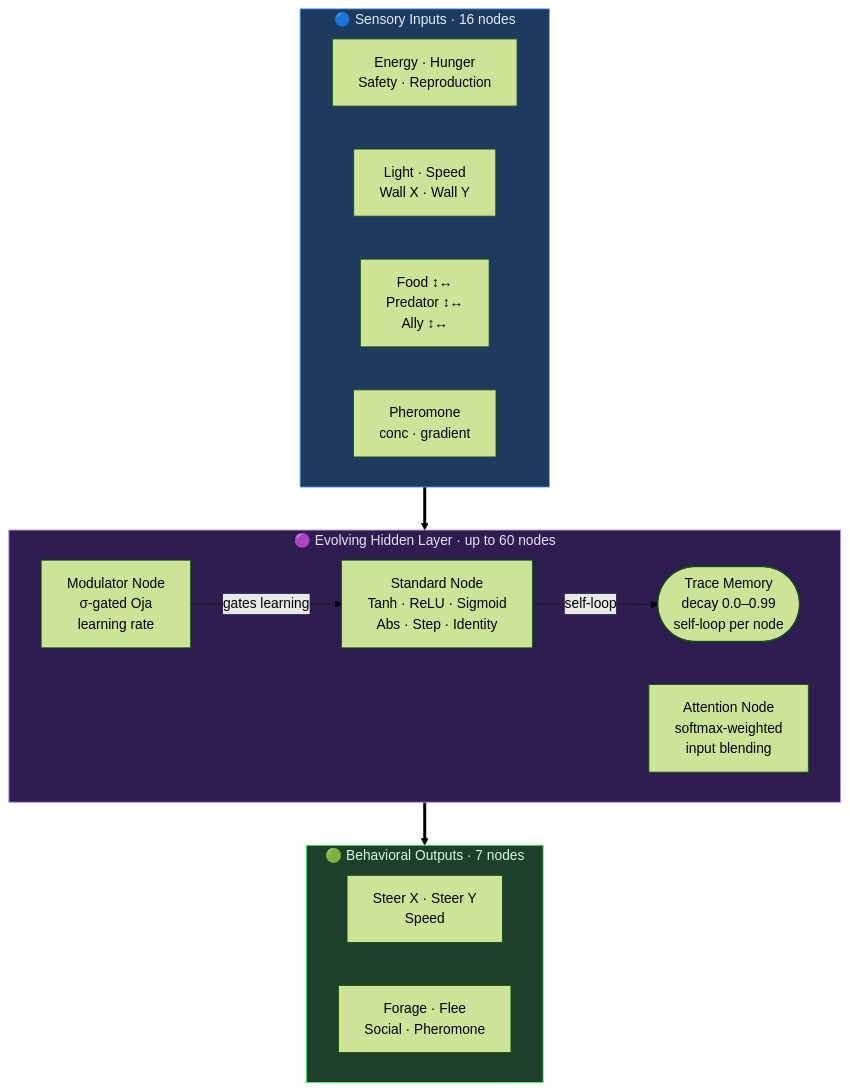
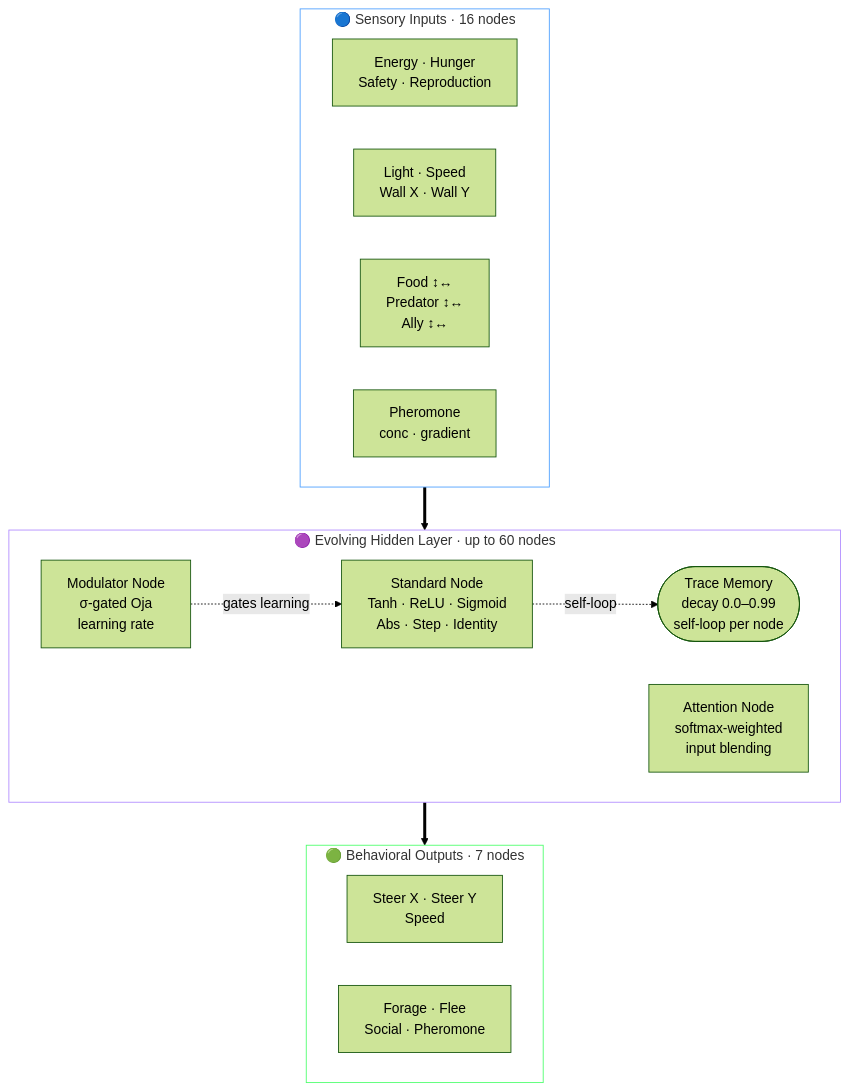
Before and after one commit to srad/TuiQuarium: the first of 2 diagrams in README.md, drawn with Mermaid (forest theme).

Commit message:
Documentation

````diff
--- a/README.md
+++ b/README.md
@@ -211,32 +211,32 @@
 ```mermaid
 graph TB
     subgraph Inputs["🔵 Sensory Inputs · 16 nodes"]
         direction LR
         I_body["Energy · Hunger\nSafety · Reproduction"]
         I_env["Light · Speed\nWall X · Wall Y"]
         I_target["Food ↕↔\nPredator ↕↔\nAlly ↕↔"]
         I_chem["Pheromone\nconc · gradient"]
     end
 
     subgraph Hidden["🟣 Evolving Hidden Layer · up to 60 nodes"]
         direction LR
         S["Standard Node\nTanh · ReLU · Sigmoid\nAbs · Step · Identity"]
         M["Modulator Node\nσ-gated Oja\nlearning rate"]
         A["Attention Node\nsoftmax-weighted\ninput blending"]
         T(["Trace Memory\ndecay 0.0–0.99\nself-loop per node"])
         S -.->|"self-loop"| T
         M -.->|"gates learning"| S
     end
 
     subgraph Outputs["🟢 Behavioral Outputs · 7 nodes"]
         direction LR
         O_move["Steer X · Steer Y\nSpeed"]
         O_behav["Forage · Flee\nSocial · Pheromone"]
     end
 
     Inputs ==> Hidden ==> Outputs
 
-    style Inputs fill:#1e3a5f,stroke:#4a9eff,color:#e0eeff
-    style Hidden fill:#2e1e4f,stroke:#b08aff,color:#e8deff
-    style Outputs fill:#1e3f2a,stroke:#4aff6a,color:#d8f8e0
+    style Inputs fill:#fff,stroke:#4a9eff,color:#333
+    style Hidden fill:#fff,stroke:#b08aff,color:#333
+    style Outputs fill:#fff,stroke:#4aff6a,color:#333
 ```
````
